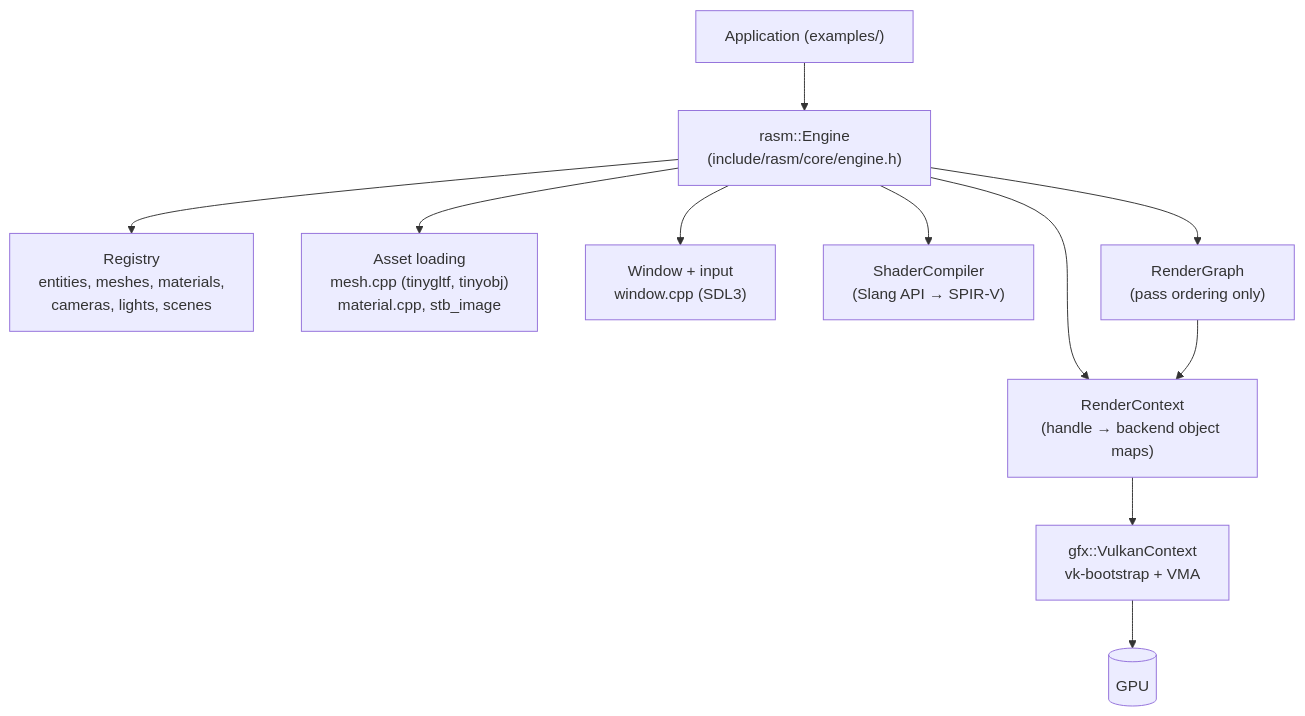
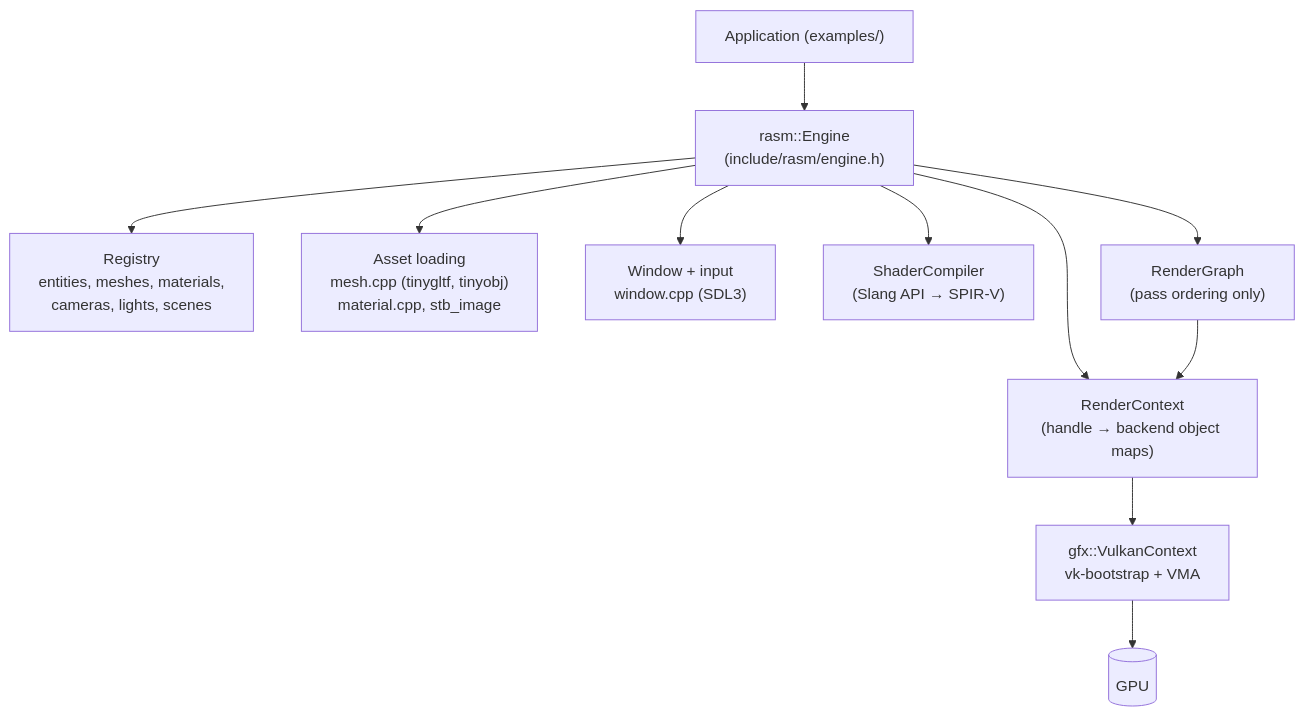
Before and after one commit to adel-elmala/rasm: the first of 3 diagrams in docs/architecture.md, drawn with Mermaid. The commit also changed other lines of this file and 90 other files, not shown here.

````diff
--- a/docs/architecture.md
+++ b/docs/architecture.md
@@ -9,13 +9,13 @@
 ```mermaid
 flowchart TD
-    App["Application (examples/)"] --> Engine["rasm::Engine<br/>(include/rasm/core/engine.h)"]
+    App["Application (examples/)"] --> Engine["rasm::Engine<br/>(include/rasm/engine.h)"]
     Engine --> Registry["Registry<br/>entities, meshes, materials,<br/>cameras, lights, scenes"]
     Engine --> Assets["Asset loading<br/>mesh.cpp (tinygltf, tinyobj)<br/>material.cpp, stb_image"]
     Engine --> Platform["Window + input<br/>window.cpp (SDL3)"]
     Engine --> SC["ShaderCompiler<br/>(Slang API → SPIR-V)"]
     Engine --> RG["RenderGraph<br/>(pass ordering only)"]
     Engine --> RC["RenderContext<br/>(handle → backend object maps)"]
     RG --> RC
     RC --> VK["gfx::VulkanContext<br/>vk-bootstrap + VMA"]
     VK --> GPU[(GPU)]
 ```
````
